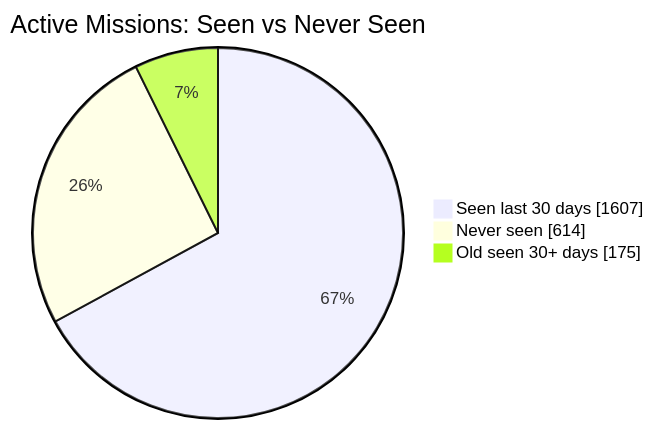
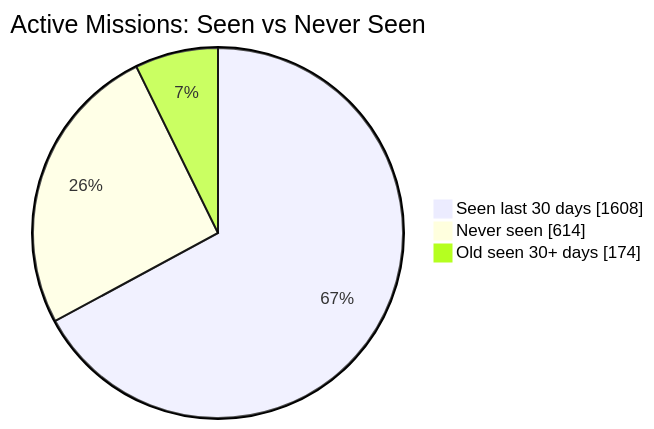
Before and after one commit to MeldkamerspelGameTeam/active-missions: the first of 2 diagrams in README.md, drawn with Mermaid. The commit also changed other lines of this file and 3 other files, not shown here.

````diff
--- a/README.md
+++ b/README.md
@@ -34,7 +34,7 @@
 ```mermaid
 pie showData
     title Active Missions: Seen vs Never Seen
-    "Seen last 30 days" : 1607
+    "Seen last 30 days" : 1608
     "Never seen" : 614
-    "Old seen 30+ days" : 175
+    "Old seen 30+ days" : 174
 ```
````
